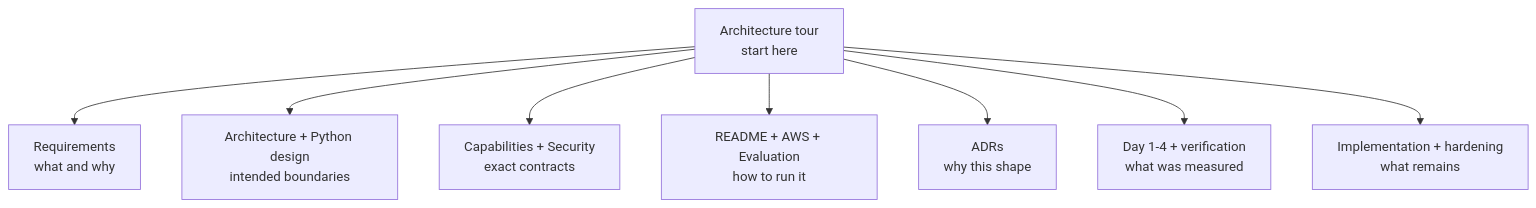
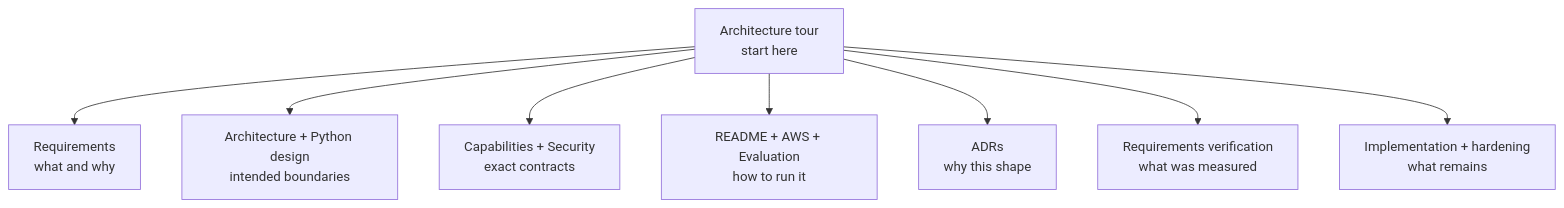
Before and after one commit to Qingyu255/Linux-Oncall-Agent: diagram 14 of 14 in docs/architecture-tour.md, drawn with Mermaid. The commit also changed other lines of this file and 8 other files, not shown here.

````diff
--- a/docs/architecture-tour.md
+++ b/docs/architecture-tour.md
@@ -726,11 +725,11 @@
 ```mermaid
 flowchart TD
     Tour[Architecture tour<br/>start here]
     Tour --> Product[Requirements<br/>what and why]
     Tour --> Design[Architecture + Python design<br/>intended boundaries]
     Tour --> Semantics[Capabilities + Security<br/>exact contracts]
     Tour --> Operations[README + AWS + Evaluation<br/>how to run it]
     Tour --> Decisions[ADRs<br/>why this shape]
-    Tour --> Evidence[Day 1-4 + verification<br/>what was measured]
+    Tour --> Evidence[Requirements verification<br/>what was measured]
     Tour --> Roadmap[Implementation + hardening<br/>what remains]
 ```
````
